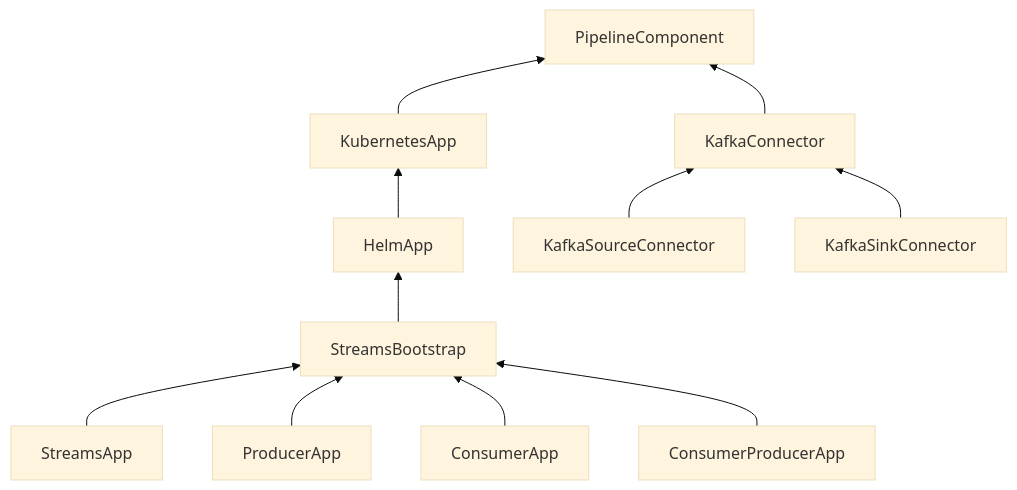
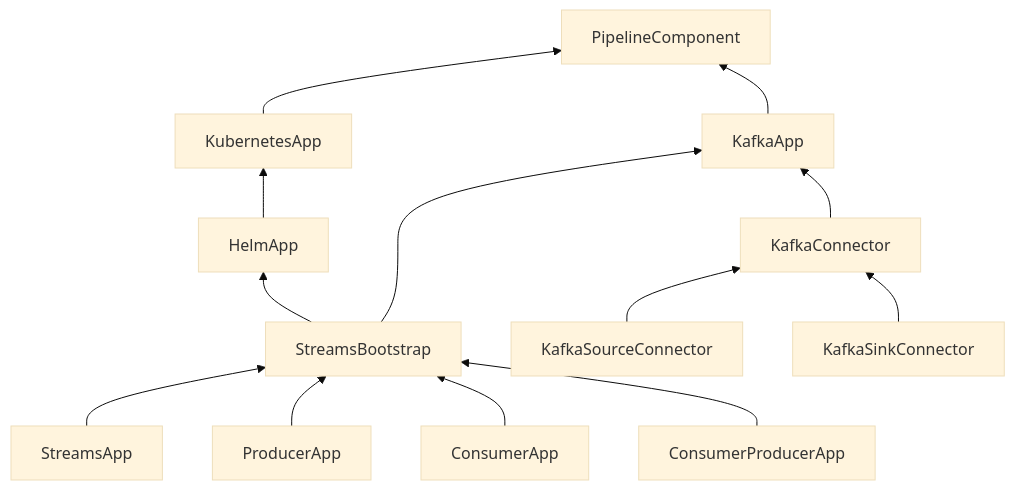
One commit to bakdata/kpops changed the diagram in docs/docs/resources/architecture/components-hierarchy.md. Above: the diagram before and after it, drawn with Mermaid (base theme). The commit also changed 26 other files, not shown here.

````diff
--- a/docs/docs/resources/architecture/components-hierarchy.md
+++ b/docs/docs/resources/architecture/components-hierarchy.md
@@ -1,24 +1,26 @@
 ```mermaid
 flowchart BT
     KubernetesApp --> PipelineComponent
     HelmApp --> KubernetesApp
+    KafkaApp --> PipelineComponent
+    StreamsBootstrap --> KafkaApp
     StreamsBootstrap --> HelmApp
     StreamsApp --> StreamsBootstrap
     ProducerApp --> StreamsBootstrap
     ConsumerApp --> StreamsBootstrap
     ConsumerProducerApp --> StreamsBootstrap
-    KafkaConnector --> PipelineComponent
+    KafkaConnector --> KafkaApp
     KafkaSourceConnector --> KafkaConnector
     KafkaSinkConnector --> KafkaConnector
 
     click KubernetesApp "./../kubernetes-app"
     click HelmApp "./../helm-app"
     click StreamsBootstrap "./../streams-bootstrap"
     click StreamsApp "./../streams-app"
     click ProducerApp "./../producer-app"
     click ConsumerApp "./../consumer-app"
     click ConsumerProducerApp "./../consumer-producer-app"
     click KafkaConnector "./../kafka-connector"
     click KafkaSourceConnector "./../kafka-source-connector"
     click KafkaSinkConnector "./../kafka-sink-connector"
 ```
````
